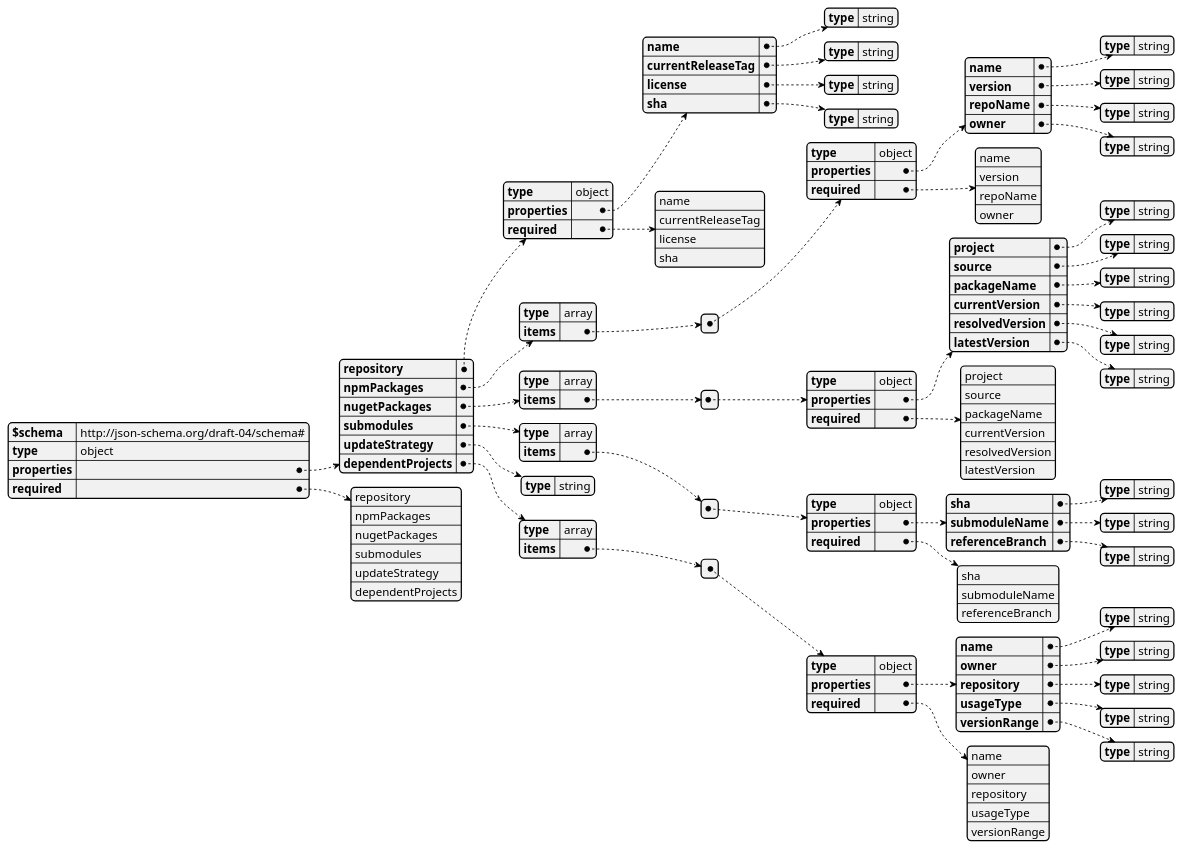
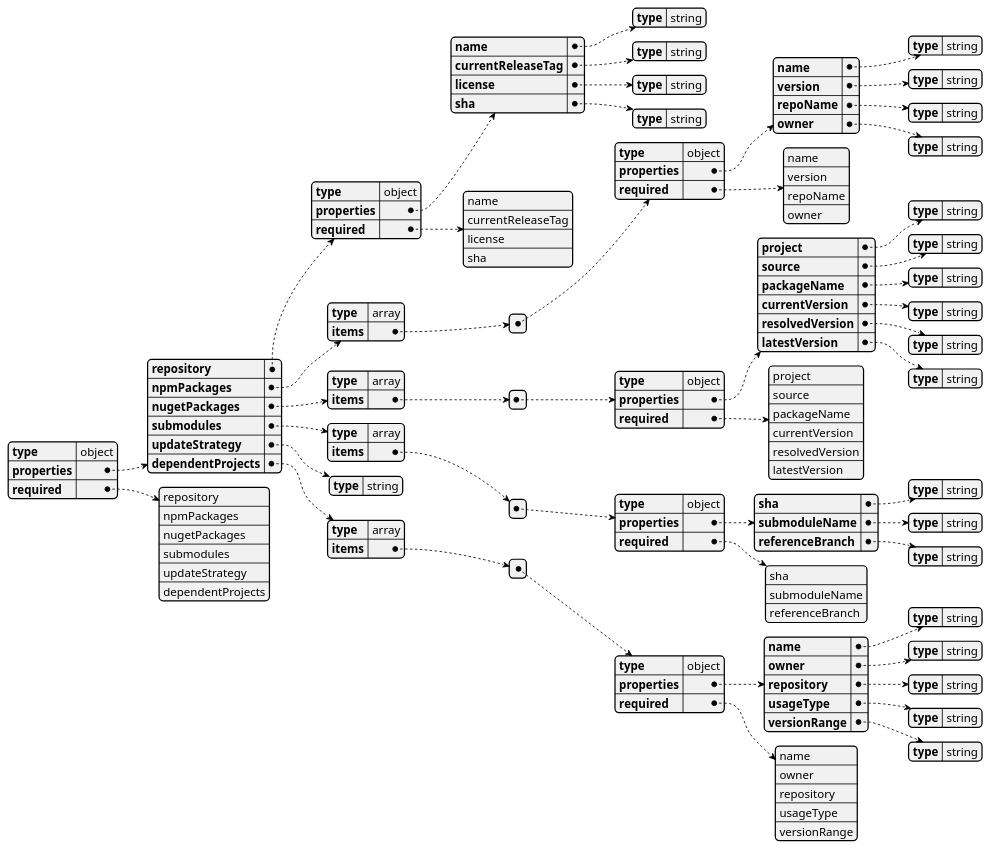
One commit to AdrianRallBhs/W2I2 changed the diagram in diagram.plantuml. Above: the diagram before and after it, drawn with PlantUML. The commit also changed 1 other file, not shown here.

```diff
--- a/diagram.plantuml
+++ b/diagram.plantuml
@@ -40,162 +40,161 @@
 @startjson
 {
-  "$schema": "http://json-schema.org/draft-04/schema#",
   "type": "object",
   "properties": {
     "repository": {
       "type": "object",
       "properties": {
         "name": {
           "type": "string"
         },
         "currentReleaseTag": {
           "type": "string"
         },
         "license": {
           "type": "string"
         },
         "sha": {
           "type": "string"
         }
       },
       "required": [
         "name",
         "currentReleaseTag",
         "license",
         "sha"
       ]
     },
     "npmPackages": {
       "type": "array",
       "items": [
         {
           "type": "object",
           "properties": {
             "name": {
               "type": "string"
             },
             "version": {
               "type": "string"
             },
             "repoName": {
               "type": "string"
             },
             "owner": {
               "type": "string"
             }
           },
           "required": [
             "name",
             "version",
             "repoName",
             "owner"
           ]
         }
       ]
     },
     "nugetPackages": {
       "type": "array",
       "items": [
         {
           "type": "object",
           "properties": {
             "project": {
               "type": "string"
             },
             "source": {
               "type": "string"
             },
             "packageName": {
               "type": "string"
             },
             "currentVersion": {
               "type": "string"
             },
             "resolvedVersion": {
               "type": "string"
             },
             "latestVersion": {
               "type": "string"
             }
           },
           "required": [
             "project",
             "source",
             "packageName",
             "currentVersion",
             "resolvedVersion",
             "latestVersion"
           ]
         }
       ]
     },
     "submodules": {
       "type": "array",
       "items": [
         {
           "type": "object",
           "properties": {
             "sha": {
               "type": "string"
             },
             "submoduleName": {
               "type": "string"
             },
             "referenceBranch": {
               "type": "string"
             }
           },
           "required": [
             "sha",
             "submoduleName",
             "referenceBranch"
           ]
         }
       ]
     },
     "updateStrategy": {
       "type": "string"
     },
     "dependentProjects": {
       "type": "array",
       "items": [
         {
           "type": "object",
           "properties": {
             "name": {
               "type": "string"
             },
             "owner": {
               "type": "string"
             },
             "repository": {
               "type": "string"
             },
             "usageType": {
               "type": "string"
             },
             "versionRange": {
               "type": "string"
             }
           },
           "required": [
             "name",
             "owner",
             "repository",
             "usageType",
             "versionRange"
           ]
         }
       ]
     }
   },
   "required": [
     "repository",
     "npmPackages",
     "nugetPackages",
     "submodules",
     "updateStrategy",
     "dependentProjects"
   ]
 }
 @endjson
```
